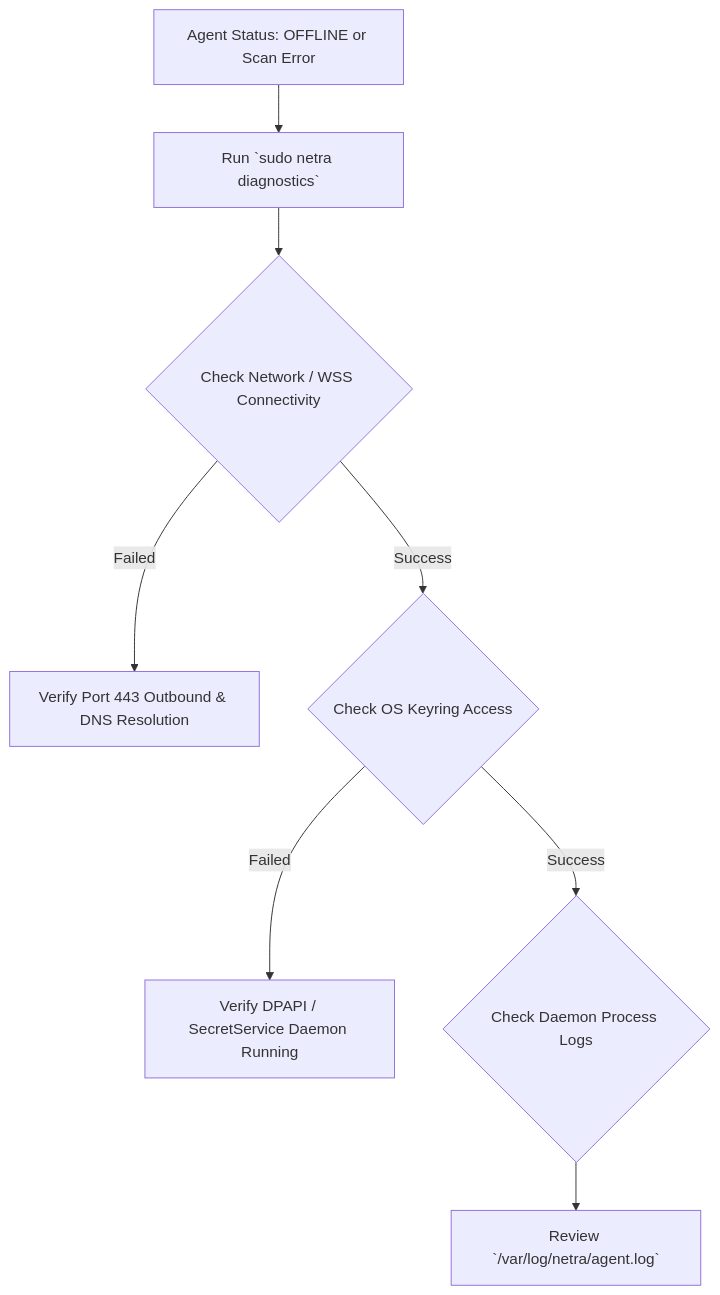
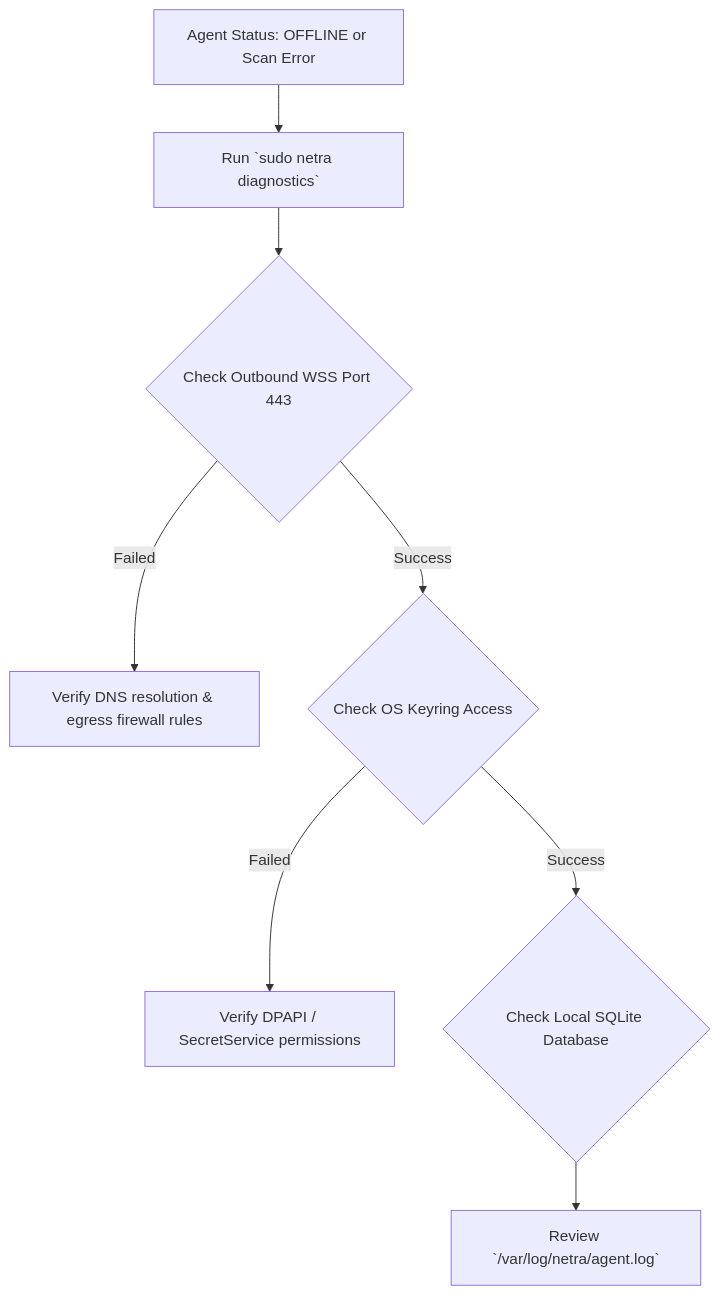
The second of 2 diagrams in docs/USAGE.md (Subhadip-Paul2006/NETRA-Backend), drawn with Mermaid before and after one commit. The commit also changed other lines of this file and 15 other files, not shown here.

Commit message:
docs: establish authoritative open-source academic architecture & technical specification suite

````diff
--- a/docs/USAGE.md
+++ b/docs/USAGE.md
@@ -180,10 +181,10 @@
 ```mermaid
 flowchart TD
     Issue["Agent Status: OFFLINE or Scan Error"] --> D1["Run `sudo netra diagnostics`"]
-    D1 --> D2{"Check Network / WSS Connectivity"}
-    D2 -- Failed --> D3["Verify Port 443 Outbound & DNS Resolution"]
+    D1 --> D2{"Check Outbound WSS Port 443"}
+    D2 -- Failed --> D3["Verify DNS resolution & egress firewall rules"]
     D2 -- Success --> D4{"Check OS Keyring Access"}
-    D4 -- Failed --> D5["Verify DPAPI / SecretService Daemon Running"]
-    D4 -- Success --> D6{"Check Daemon Process Logs"}
+    D4 -- Failed --> D5["Verify DPAPI / SecretService permissions"]
+    D4 -- Success --> D6{"Check Local SQLite Database"}
     D6 --> D7["Review `/var/log/netra/agent.log`"]
 ```
````
